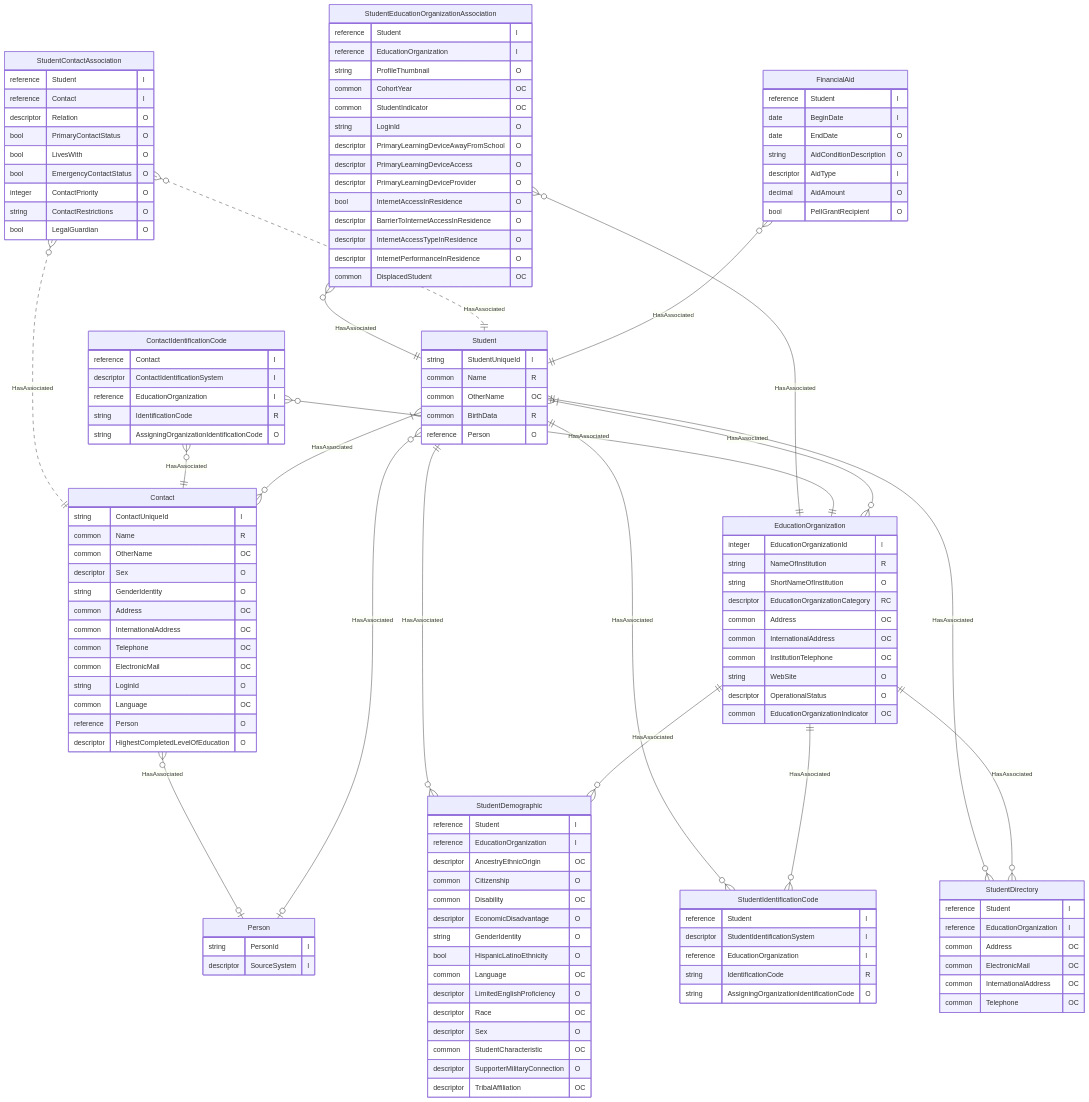
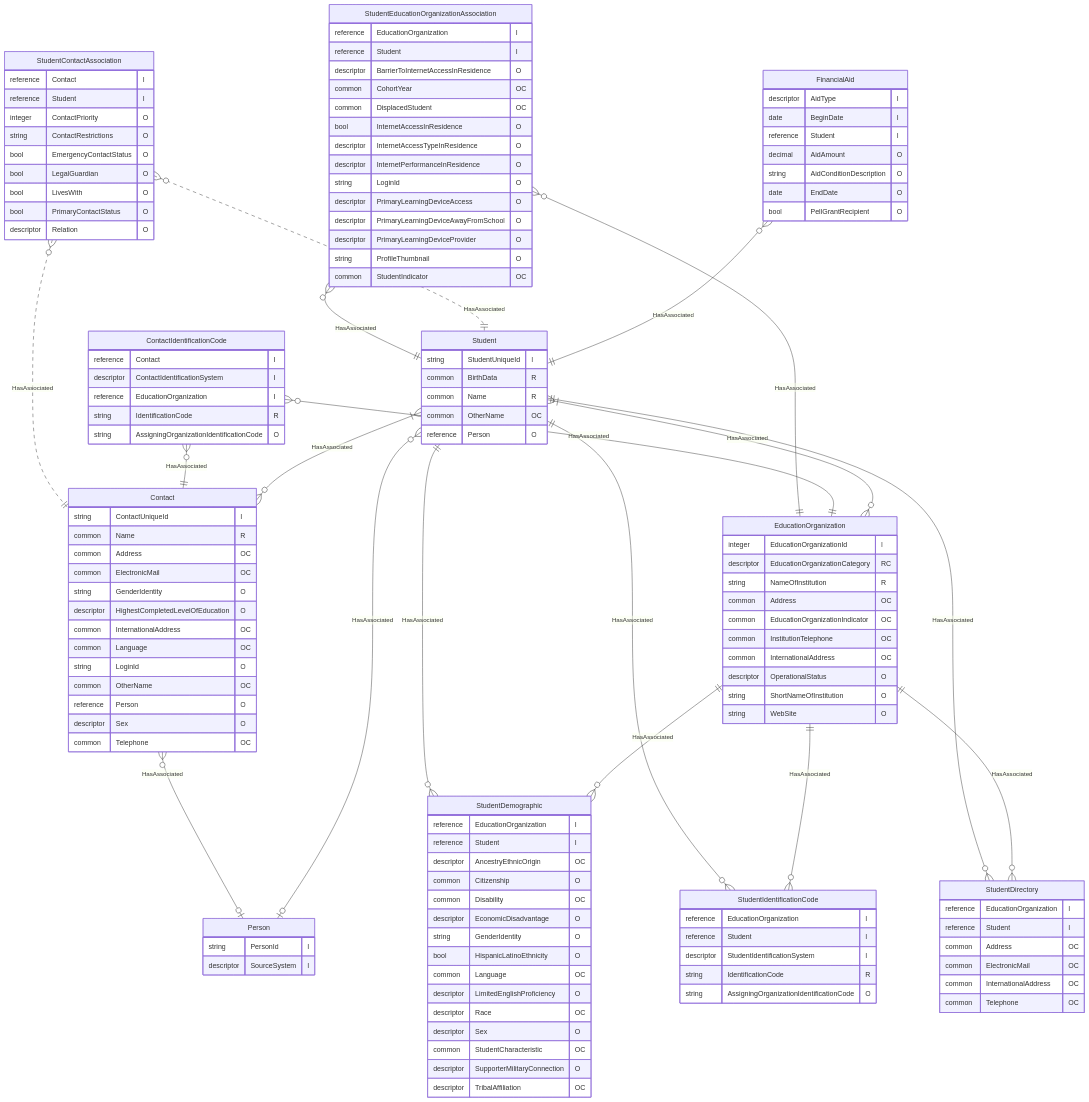
Before and after one commit to Ed-Fi-Alliance-OSS/ed-fi-alliance-oss.github.io: the diagram in dataStandard_versioned_docs/version-6/model-reference/student-identification-and-demographics-domain/StudentIdentificationAndDemographics.mmd, drawn with Mermaid. The commit also changed other lines of this file, not shown here.

First line of the commit message:
[DATASTD-2637] Reorder Student Identification and Demographics UML attributes to list identities at the top

```diff
--- a/dataStandard_versioned_docs/version-6/model-reference/student-identification-and-demographics-domain/StudentIdentificationAndDemographics.mmd
+++ b/dataStandard_versioned_docs/version-6/model-reference/student-identification-and-demographics-domain/StudentIdentificationAndDemographics.mmd
@@ -1,131 +1,131 @@
 erDiagram
     Student {
         string StudentUniqueId "I"
+        common BirthData "R"
         common Name "R"
         common OtherName "OC"
-        common BirthData "R"
         reference Person "O"
     }
     StudentIdentificationCode {
+        reference EducationOrganization "I"
         reference Student "I"
         descriptor StudentIdentificationSystem "I"
-        reference EducationOrganization "I"
         string IdentificationCode "R"
         string AssigningOrganizationIdentificationCode "O"
     }
     StudentDirectory {
+        reference EducationOrganization "I"
         reference Student "I"
-        reference EducationOrganization "I"
         common Address "OC"
         common ElectronicMail "OC"
         common InternationalAddress "OC"
         common Telephone "OC"
     }
     StudentDemographic {
+        reference EducationOrganization "I"
         reference Student "I"
-        reference EducationOrganization "I"
         descriptor AncestryEthnicOrigin "OC"
         common Citizenship "O"
         common Disability "OC"
         descriptor EconomicDisadvantage "O"
         string GenderIdentity "O"
         bool HispanicLatinoEthnicity "O"
         common Language "OC"
         descriptor LimitedEnglishProficiency "O"
         descriptor Race "OC"
         descriptor Sex "O"
         common StudentCharacteristic "OC"
         descriptor SupporterMilitaryConnection "O"
         descriptor TribalAffiliation "OC"
     }
     StudentEducationOrganizationAssociation {
+        reference EducationOrganization "I"
         reference Student "I"
-        reference EducationOrganization "I"
-        string ProfileThumbnail "O"
+        descriptor BarrierToInternetAccessInResidence "O"
         common CohortYear "OC"
-        common StudentIndicator "OC"
-        string LoginId "O"
-        descriptor PrimaryLearningDeviceAwayFromSchool "O"
-        descriptor PrimaryLearningDeviceAccess "O"
-        descriptor PrimaryLearningDeviceProvider "O"
+        common DisplacedStudent "OC"
         bool InternetAccessInResidence "O"
-        descriptor BarrierToInternetAccessInResidence "O"
         descriptor InternetAccessTypeInResidence "O"
         descriptor InternetPerformanceInResidence "O"
-        common DisplacedStudent "OC"
+        string LoginId "O"
+        descriptor PrimaryLearningDeviceAccess "O"
+        descriptor PrimaryLearningDeviceAwayFromSchool "O"
+        descriptor PrimaryLearningDeviceProvider "O"
+        string ProfileThumbnail "O"
+        common StudentIndicator "OC"
     }
     StudentContactAssociation {
+        reference Contact "I"
         reference Student "I"
-        reference Contact "I"
-        descriptor Relation "O"
-        bool PrimaryContactStatus "O"
-        bool LivesWith "O"
-        bool EmergencyContactStatus "O"
         integer ContactPriority "O"
         string ContactRestrictions "O"
+        bool EmergencyContactStatus "O"
         bool LegalGuardian "O"
+        bool LivesWith "O"
+        bool PrimaryContactStatus "O"
+        descriptor Relation "O"
     }
     Contact {
         string ContactUniqueId "I"
         common Name "R"
+        common Address "OC"
+        common ElectronicMail "OC"
+        string GenderIdentity "O"
+        descriptor HighestCompletedLevelOfEducation "O"
+        common InternationalAddress "OC"
+        common Language "OC"
+        string LoginId "O"
         common OtherName "OC"
+        reference Person "O"
         descriptor Sex "O"
-        string GenderIdentity "O"
-        common Address "OC"
-        common InternationalAddress "OC"
         common Telephone "OC"
-        common ElectronicMail "OC"
-        string LoginId "O"
-        common Language "OC"
-        reference Person "O"
-        descriptor HighestCompletedLevelOfEducation "O"
     }
     ContactIdentificationCode {
         reference Contact "I"
         descriptor ContactIdentificationSystem "I"
         reference EducationOrganization "I"
         string IdentificationCode "R"
         string AssigningOrganizationIdentificationCode "O"
     }
     FinancialAid {
+        descriptor AidType "I"
+        date BeginDate "I"
         reference Student "I"
-        date BeginDate "I"
+        decimal AidAmount "O"
+        string AidConditionDescription "O"
         date EndDate "O"
-        string AidConditionDescription "O"
-        descriptor AidType "I"
-        decimal AidAmount "O"
         bool PellGrantRecipient "O"
     }
     Person {
         string PersonId "I"
         descriptor SourceSystem "I"
     }
     EducationOrganization {
         integer EducationOrganizationId "I"
+        descriptor EducationOrganizationCategory "RC"
         string NameOfInstitution "R"
+        common Address "OC"
+        common EducationOrganizationIndicator "OC"
+        common InstitutionTelephone "OC"
+        common InternationalAddress "OC"
+        descriptor OperationalStatus "O"
         string ShortNameOfInstitution "O"
-        descriptor EducationOrganizationCategory "RC"
-        common Address "OC"
-        common InternationalAddress "OC"
-        common InstitutionTelephone "OC"
         string WebSite "O"
-        descriptor OperationalStatus "O"
-        common EducationOrganizationIndicator "OC"
     }
     Student }|--o{ Contact : "HasAssociated"
     Student }|--o{ EducationOrganization : "HasAssociated"
     Student }o--o| Person : "HasAssociated"
     Contact }o--o| Person : "HasAssociated"
     EducationOrganization ||--o{ StudentDemographic : "HasAssociated"
     EducationOrganization ||--o{ StudentIdentificationCode : "HasAssociated"
     EducationOrganization ||--o{ StudentDirectory : "HasAssociated"
     StudentIdentificationCode }o--|| Student : "HasAssociated"
     StudentDemographic }o--|| Student : "HasAssociated"
     StudentDirectory }o--|| Student : "HasAssociated"
     ContactIdentificationCode }o--|| EducationOrganization : "HasAssociated"
     ContactIdentificationCode }o--|| Contact : "HasAssociated"
     FinancialAid }o--|| Student : "HasAssociated"
     StudentContactAssociation }o..|| Student : "HasAssociated"
     StudentContactAssociation }o..|| Contact : "HasAssociated"
     StudentEducationOrganizationAssociation }o--|| Student : "HasAssociated"
     StudentEducationOrganizationAssociation }o--|| EducationOrganization : "HasAssociated"
```
